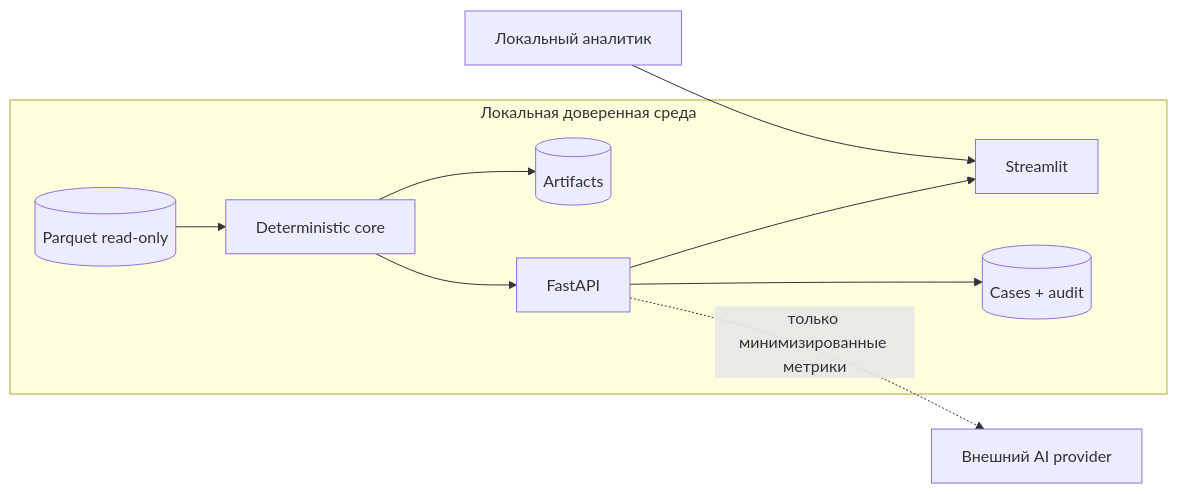
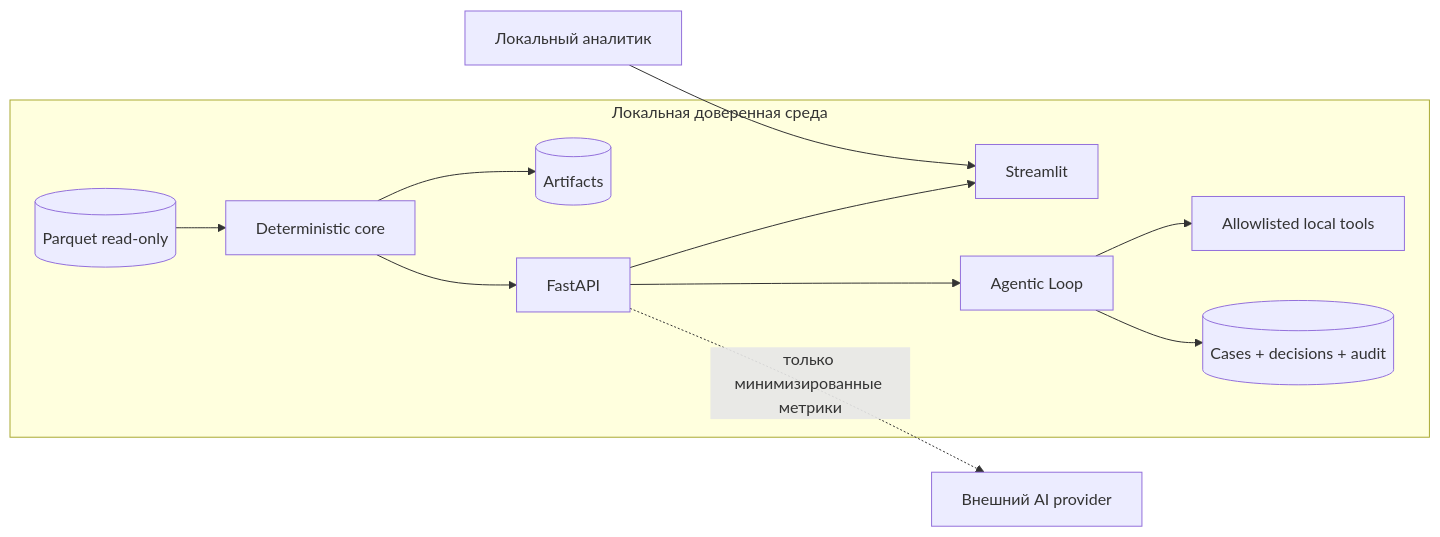
Before and after one commit to BAITC-Hacks/hack-173e8652-synex: the diagram in docs/security.md, drawn with Mermaid. The commit also changed other lines of this file and 29 other files, not shown here.

Commit message:
ux/graph/analytics

````diff
--- a/docs/security.md
+++ b/docs/security.md
@@ -20,12 +21,14 @@
 ```mermaid
 flowchart LR
     subgraph Local[Локальная доверенная среда]
         DATA[(Parquet read-only)] --> CORE[Deterministic core]
         CORE --> OUT[(Artifacts)]
         CORE --> API[FastAPI]
         API --> UI[Streamlit]
-        API --> DB[(Cases + audit)]
+        API --> LOOP[Agentic Loop]
+        LOOP --> SAFE[Allowlisted local tools]
+        LOOP --> DB[(Cases + decisions + audit)]
     end
     API -. только минимизированные метрики .-> EXT[Внешний AI provider]
     USER[Локальный аналитик] --> UI
 ```
````
